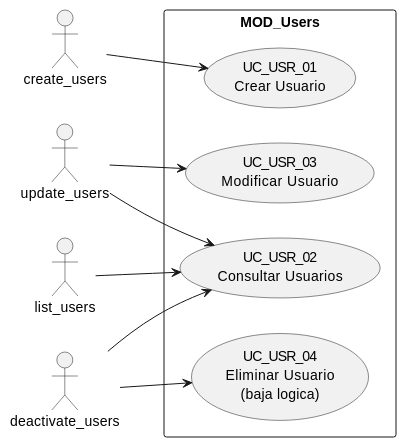
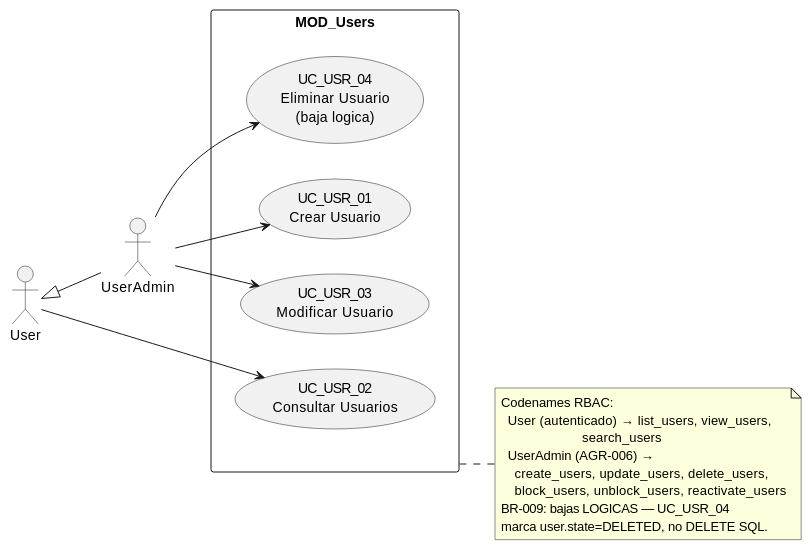
The diagram in source/arquitectura-tecnica/use-case-view/uc-users.rst (jcg-admin/IACT-docs), drawn with PlantUML before and after one commit. The commit also changed other lines of this file and 30 other files, not shown here.

First line of the commit message:
Apply UML-07 conformance to use-case-view: actors as roles

```diff
--- a/source/arquitectura-tecnica/use-case-view/uc-users.rst
+++ b/source/arquitectura-tecnica/use-case-view/uc-users.rst
@@ -25,26 +23,36 @@
 .. uml::
- :caption: Figura 17 — MOD_Users: casos de uso
+ :caption: MOD_Users — UserAdmin gestiona el catálogo;
+           cualquier rol autenticado consulta.
 
  @startuml
  left to right direction
 
- actor "create_users" as create_users
- actor "update_users" as update_users
- actor "deactivate_users" as deactivate_users
- actor "list_users" as list_users
+ actor User
+ actor UserAdmin
+
+ User <|-- UserAdmin
 
  rectangle "MOD_Users" {
    usecase "UC_USR_01\nCrear Usuario" as CREAR_USUARIO
    usecase "UC_USR_02\nConsultar Usuarios" as CONSULTAR_USUARIOS
    usecase "UC_USR_03\nModificar Usuario" as MODIFICAR_USUARIO
    usecase "UC_USR_04\nEliminar Usuario\n(baja logica)" as ELIMINAR_USUARIO
  }
 
- create_users --> CREAR_USUARIO
- list_users --> CONSULTAR_USUARIOS
- update_users --> CONSULTAR_USUARIOS
- update_users --> MODIFICAR_USUARIO
- deactivate_users --> ELIMINAR_USUARIO
- deactivate_users --> CONSULTAR_USUARIOS
+ User      --> CONSULTAR_USUARIOS
+ UserAdmin --> CREAR_USUARIO
+ UserAdmin --> MODIFICAR_USUARIO
+ UserAdmin --> ELIMINAR_USUARIO
+
+ note right of MOD_Users
+   Codenames RBAC:
+     User (autenticado) → list_users, view_users,
+                           search_users
+     UserAdmin (AGR-006) →
+       create_users, update_users, delete_users,
+       block_users, unblock_users, reactivate_users
+   BR-009: bajas LOGICAS — UC_USR_04
+   marca user.state=DELETED, no DELETE SQL.
+ end note
 
  @enduml
```
